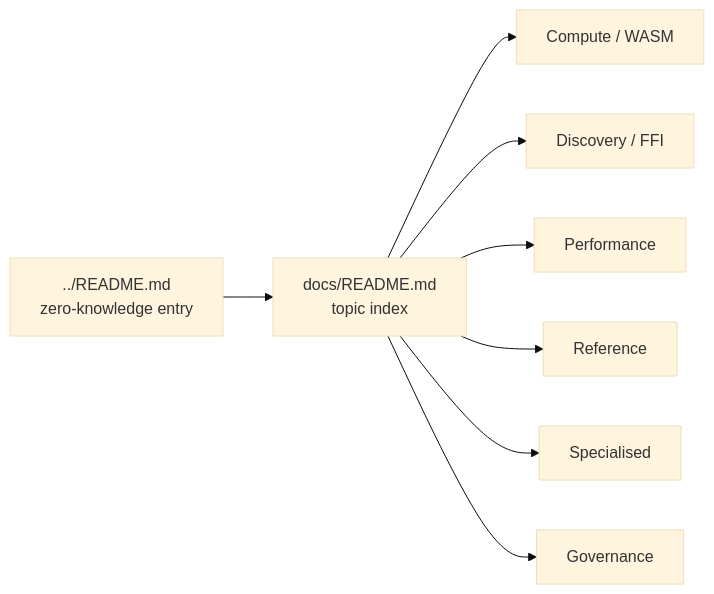
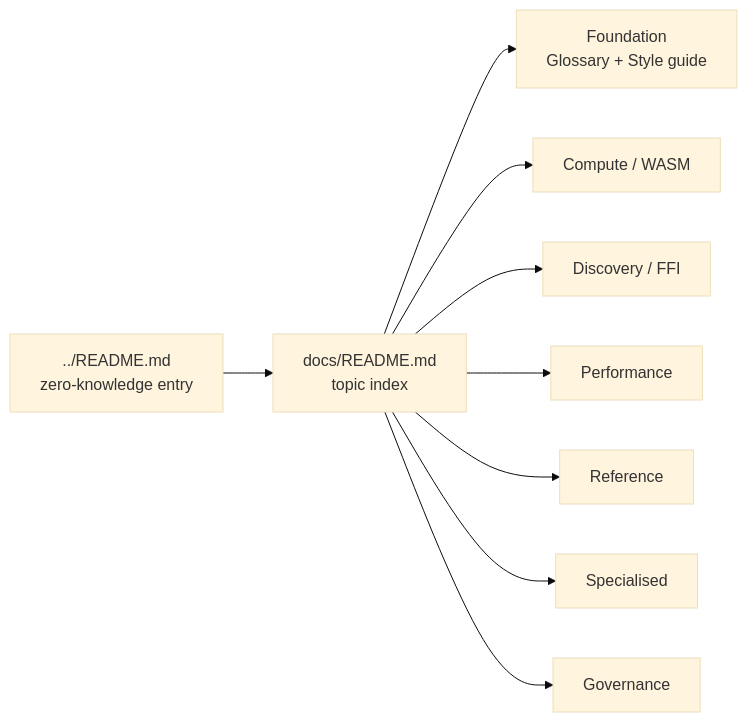
The diagram in docs/README.md (stSoftwareAU/NEAT-AI), drawn with Mermaid (base theme) before and after one commit. The commit also changed other lines of this file and 3 other files, not shown here.

First line of the commit message:
Add canonical glossary and documentation style guide (Issue #2957)

````diff
--- a/docs/README.md
+++ b/docs/README.md
@@ -43,10 +53,11 @@
 ```mermaid
 flowchart LR
     R[../README.md<br/>zero-knowledge entry] --> I[docs/README.md<br/>topic index]
+    I --> Found[Foundation<br/>Glossary + Style guide]
     I --> Compute[Compute / WASM]
     I --> Discovery[Discovery / FFI]
     I --> Perf[Performance]
     I --> Ref[Reference]
     I --> Spec[Specialised]
     I --> Gov[Governance]
 ```
````
